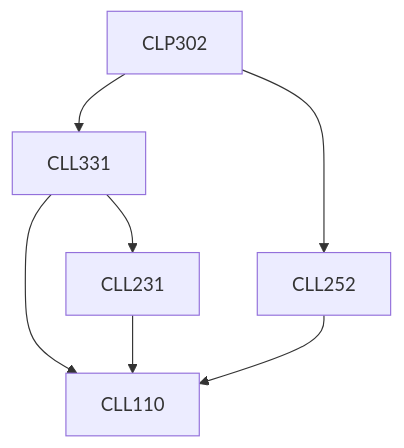
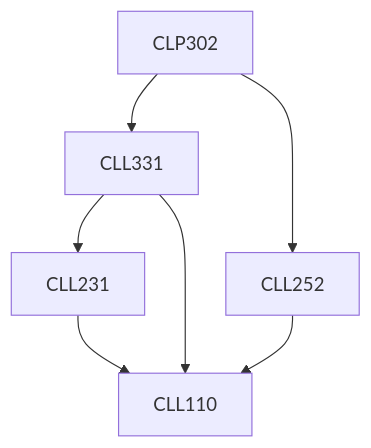
Before and after one commit to KeshavBansal0122/CoS_Website: the diagram in content/Chemical Engineering/CLP302.md, drawn with Mermaid. The commit also changed other lines of this file and 2667 other files, not shown here.

````diff
--- a/content/Chemical Engineering/CLP302.md
+++ b/content/Chemical Engineering/CLP302.md
@@ -15,9 +13,13 @@
 ```mermaid
-graph TD
-CLP302 --> CLL331
-CLL331 --> CLL110
-CLL331 --> CLL231
-CLL231 --> CLL110
-CLP302 --> CLL252
-CLL252 --> CLL110
+flowchart TD
+CLP302-169[CLP302]
+CLP302-169 --> CLL252-169[CLL252]
+CLL231-169 --> CLL110-169[CLL110]
+CLL331-169 --> CLL110-169[CLL110]
+CLL331-169 --> CLL231-169[CLL231]
+CLL252-169 --> CLL110-169[CLL110]
+CLP302-169 --> CLL331-169[CLL331]
+
+classDef empty height:17px, fill:transparent, stroke:transparent;
+classDef trueEmpty height:0px, width:0px;
 ```
````
